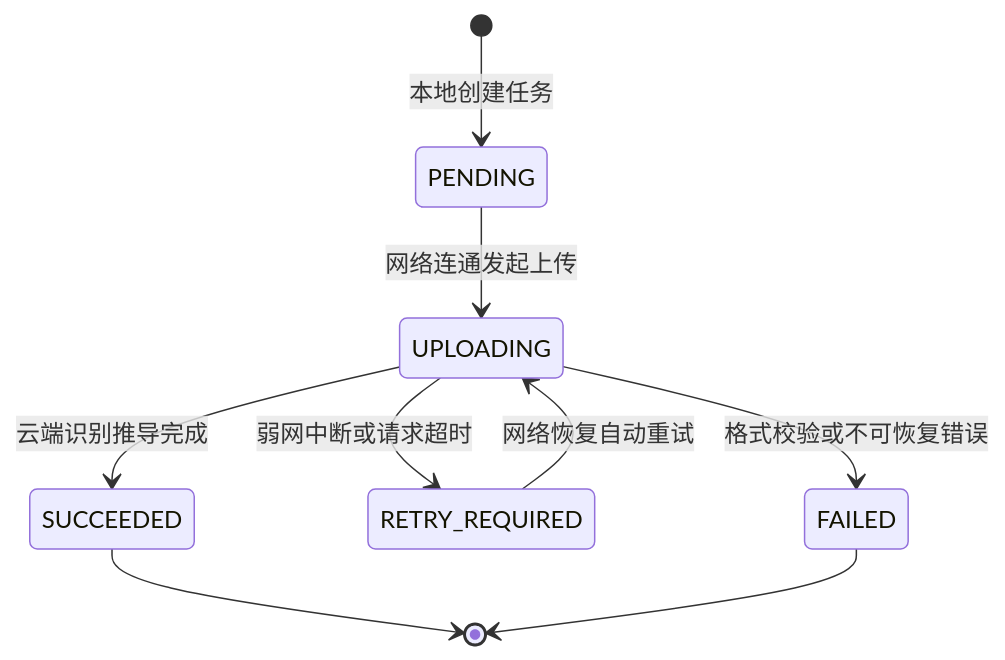
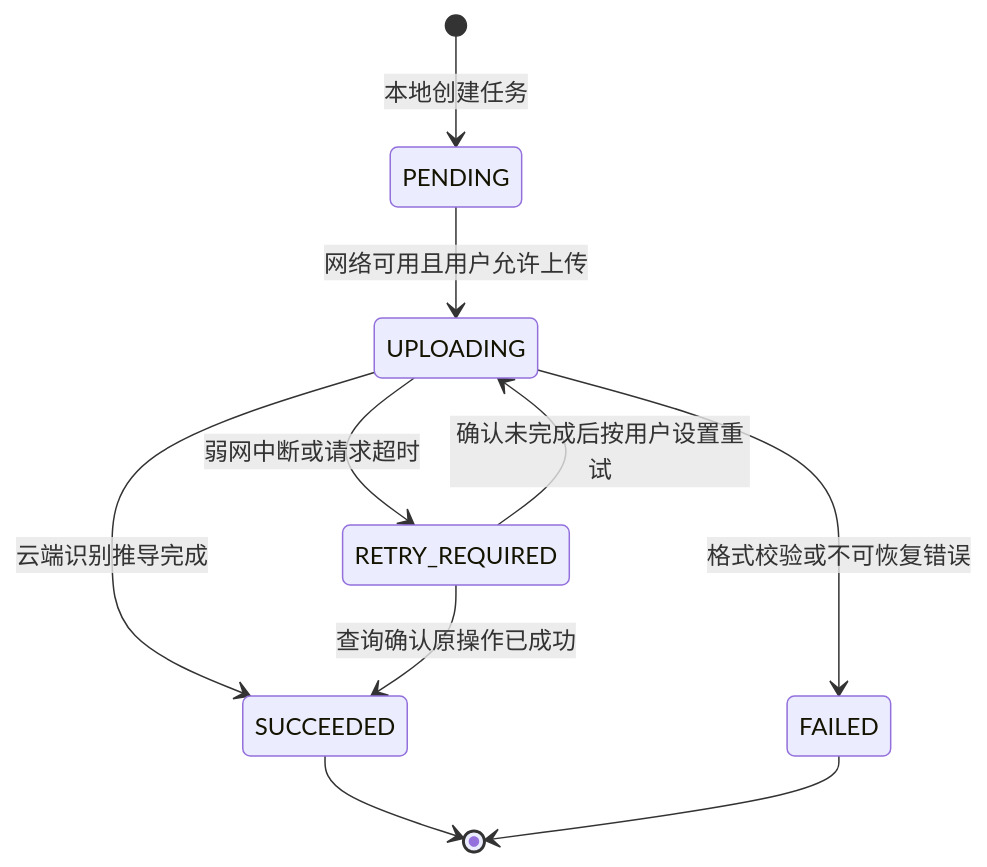
The second of 2 diagrams in README.md (QingMouFoodDate/MobileClient), drawn with Mermaid before and after one commit. The commit also changed other lines of this file, not shown here.

````diff
--- a/README.md
+++ b/README.md
@@ -159,11 +163,12 @@
 ```mermaid
 stateDiagram-v2
     [*] --> PENDING: 本地创建任务
-    PENDING --> UPLOADING: 网络连通发起上传
+    PENDING --> UPLOADING: 网络可用且用户允许上传
     UPLOADING --> SUCCEEDED: 云端识别推导完成
     UPLOADING --> RETRY_REQUIRED: 弱网中断或请求超时
-    RETRY_REQUIRED --> UPLOADING: 网络恢复自动重试
+    RETRY_REQUIRED --> SUCCEEDED: 查询确认原操作已成功
+    RETRY_REQUIRED --> UPLOADING: 确认未完成后按用户设置重试
     UPLOADING --> FAILED: 格式校验或不可恢复错误
     SUCCEEDED --> [*]
     FAILED --> [*]
 ```
````
